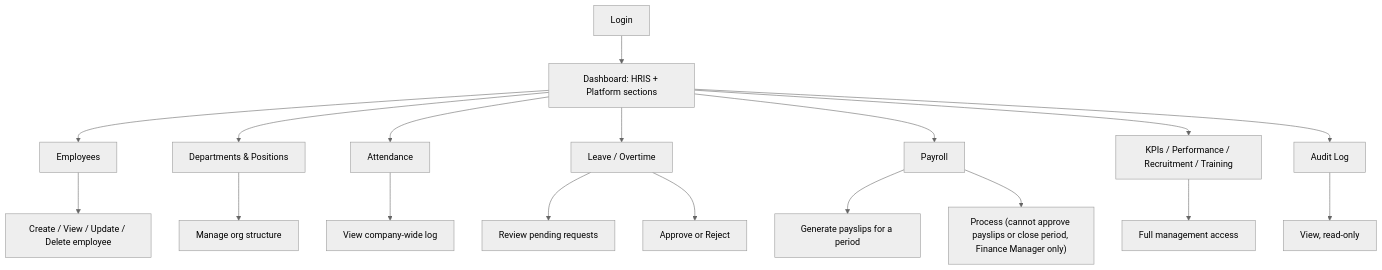
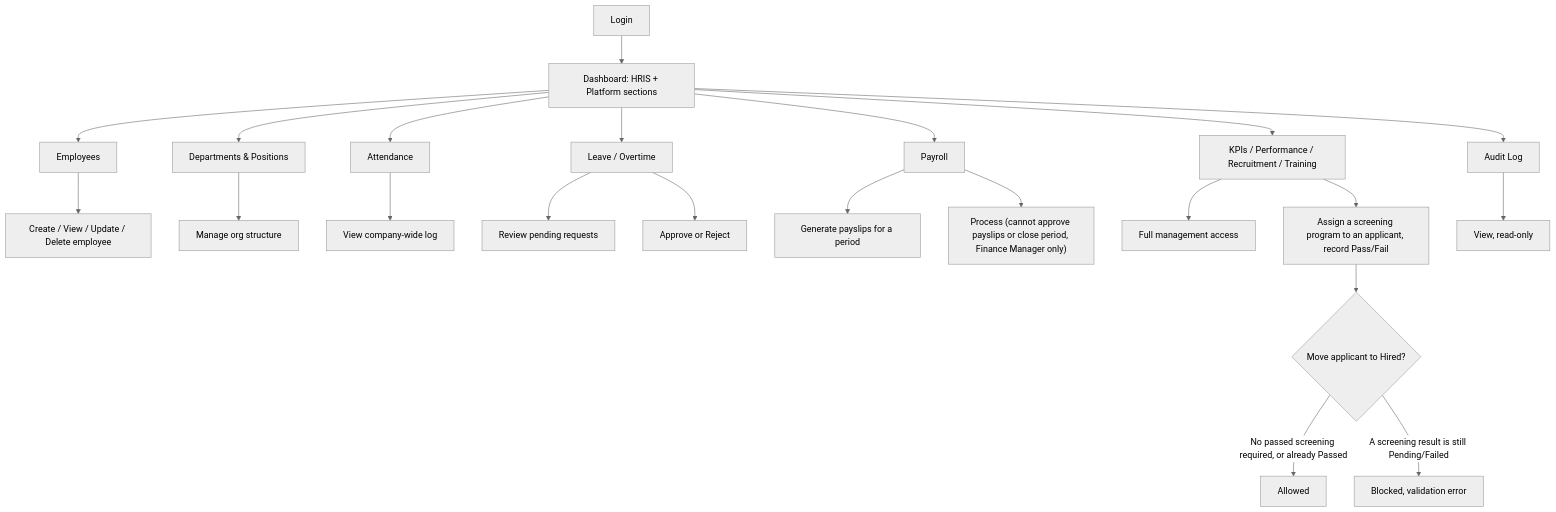
The second of 9 diagrams in docs/roles-and-permissions.md (NanaBanana14/management-enterprise), drawn with Mermaid (neutral theme) before and after one commit. The commit also changed other lines of this file and 4 other files, not shown here.

````diff
--- a/docs/roles-and-permissions.md
+++ b/docs/roles-and-permissions.md
@@ -132,20 +140,24 @@
 ```mermaid
 flowchart TD
     A[Login] --> B[Dashboard: HRIS + Platform sections]
     B --> C[Employees]
     C --> C1[Create / View / Update / Delete employee]
     B --> D[Departments & Positions]
     D --> D1[Manage org structure]
     B --> E[Attendance]
     E --> E1[View company-wide log]
     B --> F[Leave / Overtime]
     F --> F1[Review pending requests]
     F --> F2[Approve or Reject]
     B --> G[Payroll]
     G --> G1[Generate payslips for a period]
     G --> G2["Process (cannot approve payslips or close period, Finance Manager only)"]
     B --> H[KPIs / Performance / Recruitment / Training]
     H --> H1[Full management access]
+    H --> H2["Assign a screening program to an applicant, record Pass/Fail"]
+    H2 --> H3{"Move applicant to Hired?"}
+    H3 -->|"No passed screening required, or already Passed"| H4[Allowed]
+    H3 -->|"A screening result is still Pending/Failed"| H5[Blocked, validation error]
     B --> I[Audit Log]
     I --> I1[View, read-only]
 ```
````
